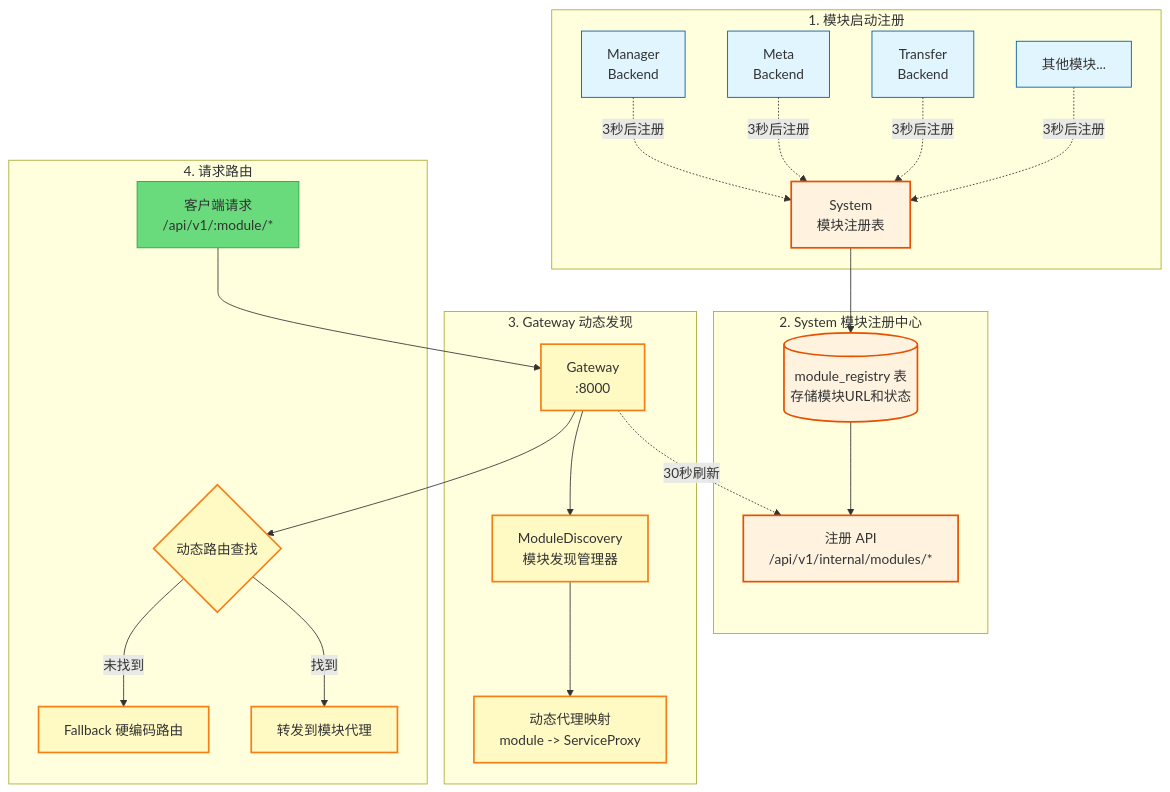
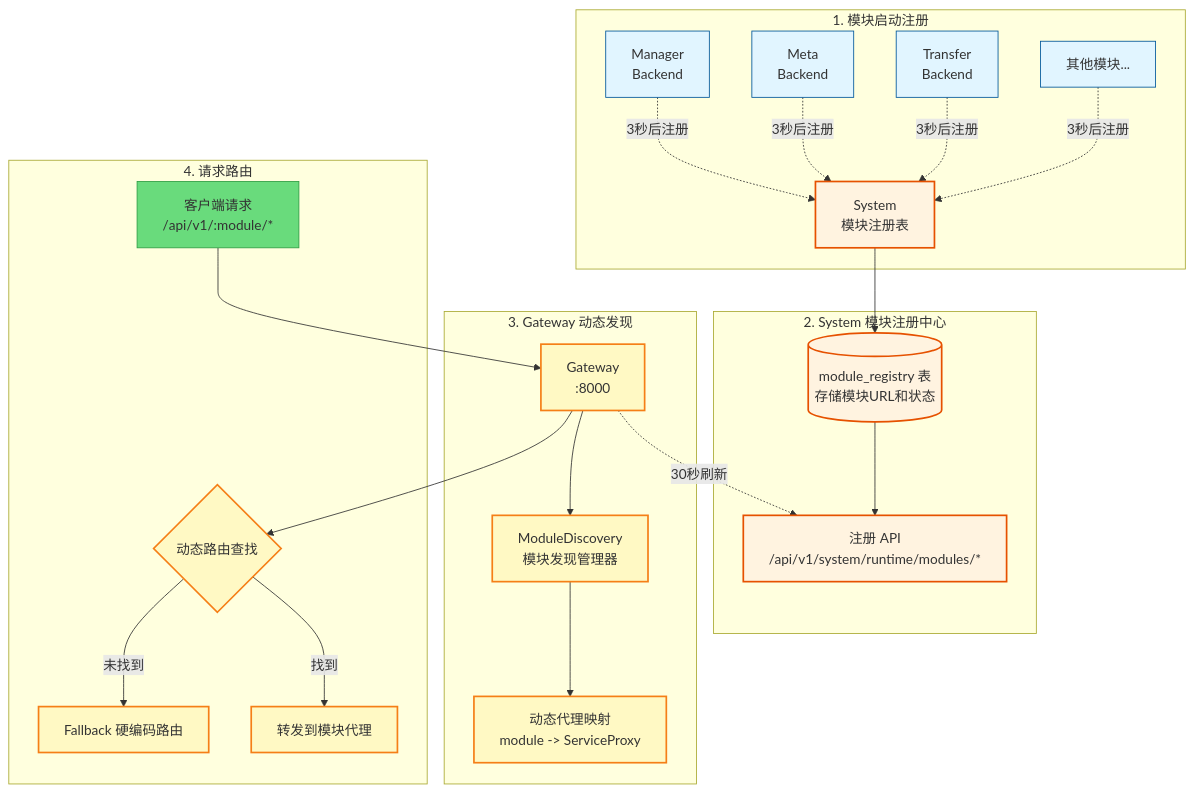
One commit to pampa0629/addp changed the eighth of 14 diagrams in docs/concepts/addp模块架构图.md. Above: the diagram before and after it, drawn with Mermaid. The commit also changed other lines of this file and 217 other files, not shown here.

````diff
--- a/docs/concepts/addp模块架构图.md
+++ b/docs/concepts/addp模块架构图.md
@@ -507,38 +507,38 @@
 ```mermaid
 graph TB
     subgraph "1. 模块启动注册"
         Manager[Manager<br/>Backend] -.3秒后注册.-> SystemReg[System<br/>模块注册表]
         Meta[Meta<br/>Backend] -.3秒后注册.-> SystemReg
         Transfer[Transfer<br/>Backend] -.3秒后注册.-> SystemReg
         Other[其他模块...] -.3秒后注册.-> SystemReg
     end
 
     subgraph "2. System 模块注册中心"
         SystemReg --> RegTable[(module_registry 表<br/>存储模块URL和状态)]
-        RegTable --> RegAPI[注册 API<br/>/api/v1/internal/modules/*]
+        RegTable --> RegAPI[注册 API<br/>/api/v1/system/runtime/modules/*]
     end
 
     subgraph "3. Gateway 动态发现"
         Gateway[Gateway<br/>:8000] -.30秒刷新.-> RegAPI
         Gateway --> Discovery[ModuleDiscovery<br/>模块发现管理器]
         Discovery --> Proxies[动态代理映射<br/>module -> ServiceProxy]
     end
 
     subgraph "4. 请求路由"
         Client[客户端请求<br/>/api/v1/:module/*] --> Gateway
         Gateway --> DynamicRoute{动态路由查找}
         DynamicRoute -->|找到| Forward[转发到模块代理]
         DynamicRoute -->|未找到| Fallback[Fallback 硬编码路由]
     end
 
     classDef backend fill:#e1f5ff,stroke:#01579b
     classDef system fill:#fff3e0,stroke:#e65100,stroke-width:2px
     classDef gateway fill:#fff9c4,stroke:#f57f17,stroke-width:2px
     classDef client fill:#69db7c,stroke:#2f9e44
     classDef infra fill:#fce4ec,stroke:#880e4f
 
     class Manager,Meta,Transfer,Other backend
     class SystemReg,RegTable,RegAPI system
     class Gateway,Discovery,Proxies,DynamicRoute,Forward,Fallback gateway
     class Client client
 ```
````
